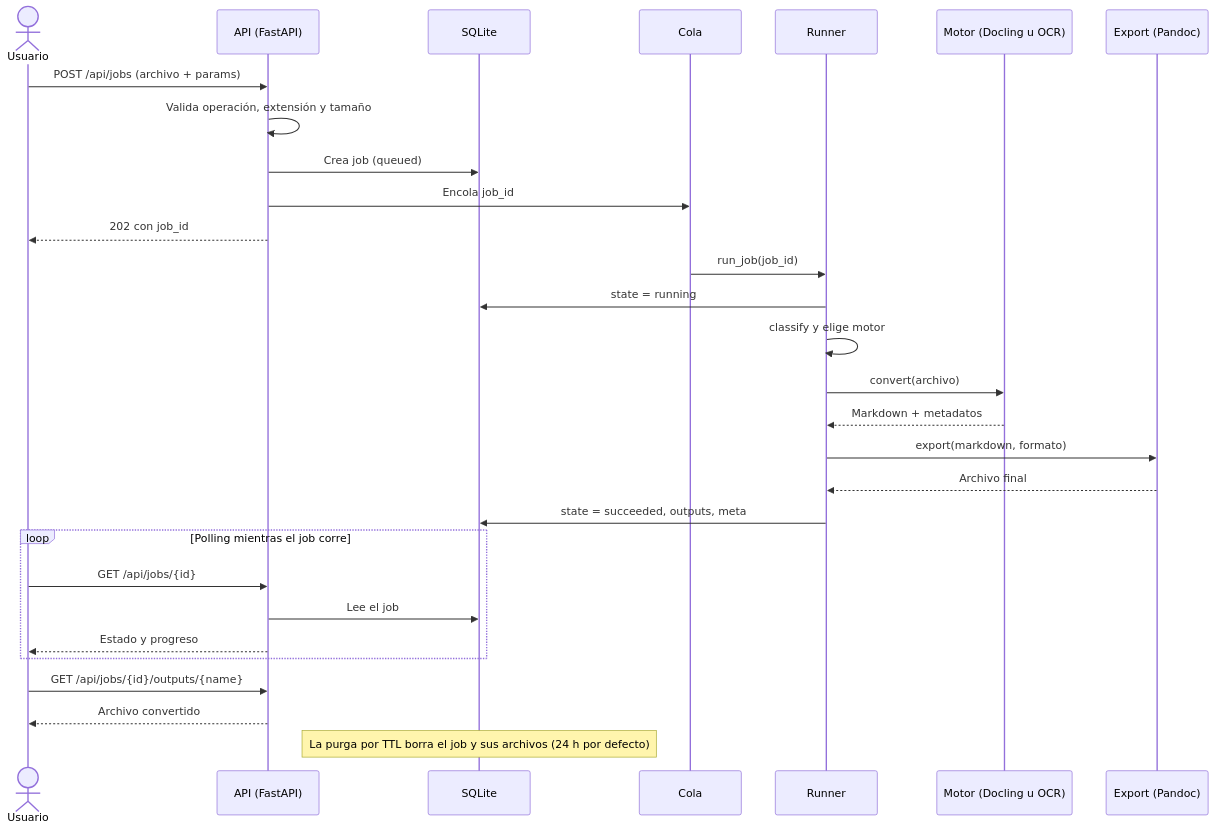
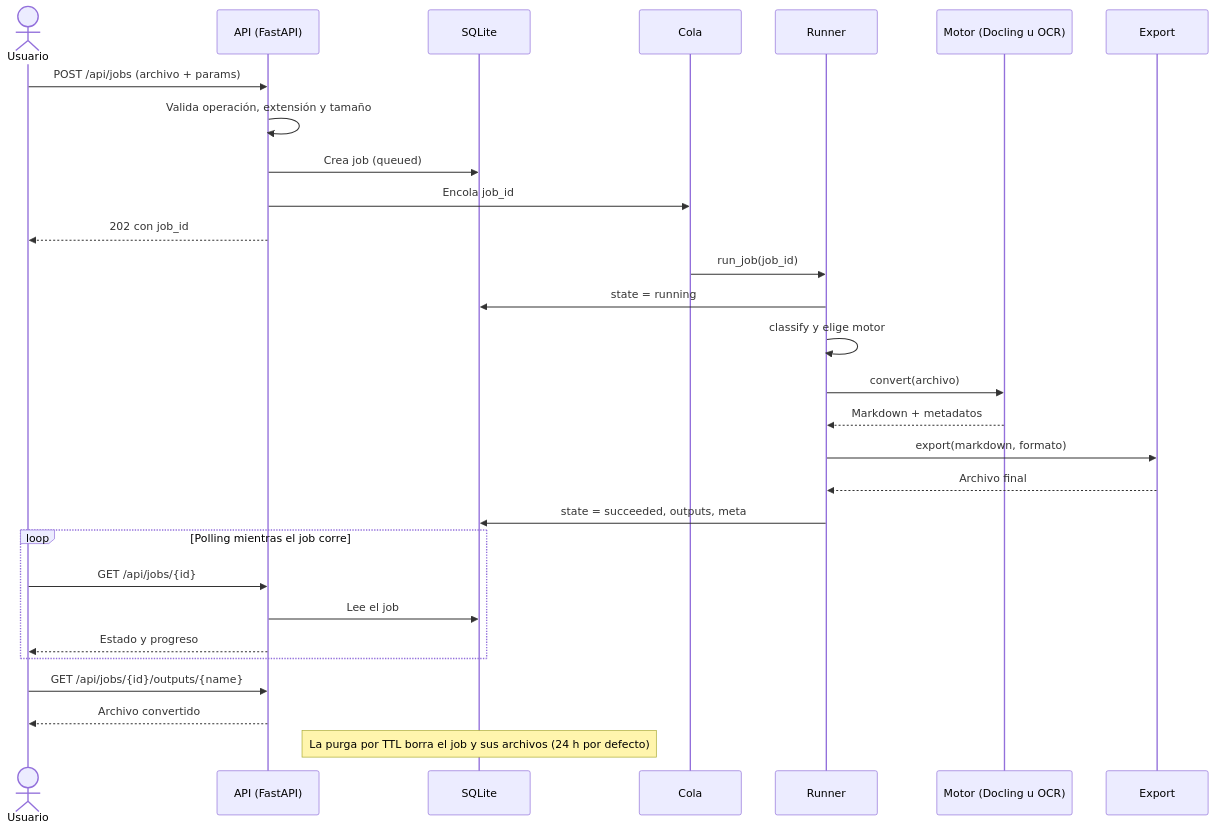
One commit to cesardataviz/files2md changed the second of 3 diagrams in docs/ARCHITECTURE.md. Above: the diagram before and after it, drawn with Mermaid. The commit also changed other lines of this file and 33 other files, not shown here.

````diff
--- a/docs/ARCHITECTURE.md
+++ b/docs/ARCHITECTURE.md
@@ -38,35 +38,35 @@
 ```mermaid
 sequenceDiagram
     actor U as Usuario
     participant A as API (FastAPI)
     participant DB as SQLite
     participant Q as Cola
     participant R as Runner
     participant E as Motor (Docling u OCR)
-    participant X as Export (Pandoc)
+    participant X as Export
 
     U->>A: POST /api/jobs (archivo + params)
     A->>A: Valida operación, extensión y tamaño
     A->>DB: Crea job (queued)
     A->>Q: Encola job_id
     A-->>U: 202 con job_id
 
     Q->>R: run_job(job_id)
     R->>DB: state = running
     R->>R: classify y elige motor
     R->>E: convert(archivo)
     E-->>R: Markdown + metadatos
     R->>X: export(markdown, formato)
     X-->>R: Archivo final
     R->>DB: state = succeeded, outputs, meta
 
     loop Polling mientras el job corre
         U->>A: GET /api/jobs/{id}
         A->>DB: Lee el job
         A-->>U: Estado y progreso
     end
 
     U->>A: GET /api/jobs/{id}/outputs/{name}
     A-->>U: Archivo convertido
     Note over DB: La purga por TTL borra el job y sus archivos (24 h por defecto)
 ```
````
